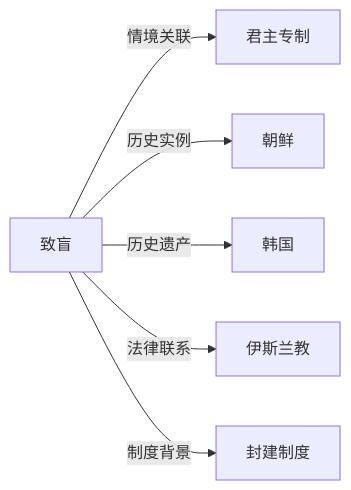
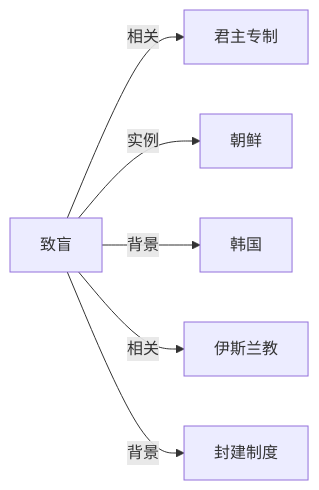
One commit to KIMMCHOW/MyKnowledge changed the diagram in Knowledge/Concepts/历史/致盲.md. Above: the diagram before and after it, drawn with Mermaid. The commit also changed 95 other files, not shown here.

Commit message:
reorganize: 统一关系图边标签为11类

````diff
--- a/Knowledge/Concepts/历史/致盲.md
+++ b/Knowledge/Concepts/历史/致盲.md
@@ -44,8 +44,8 @@
 ```mermaid
 graph LR
-致盲 -->|情境关联| 君主专制
-致盲 -->|历史实例| 朝鲜
-致盲 -->|历史遗产| 韩国
-致盲 -->|法律联系| 伊斯兰教
-致盲 -->|制度背景| 封建制度
+致盲 -->|相关| 君主专制
+致盲 -->|实例| 朝鲜
+致盲 -->|背景| 韩国
+致盲 -->|相关| 伊斯兰教
+致盲 -->|背景| 封建制度
 ```
````
